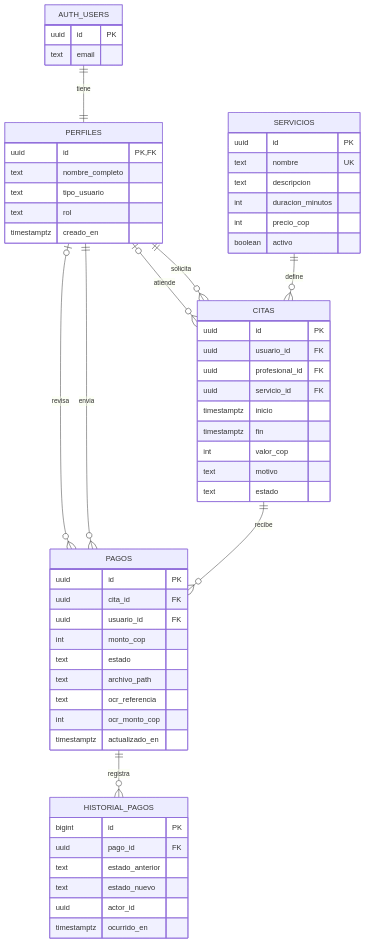
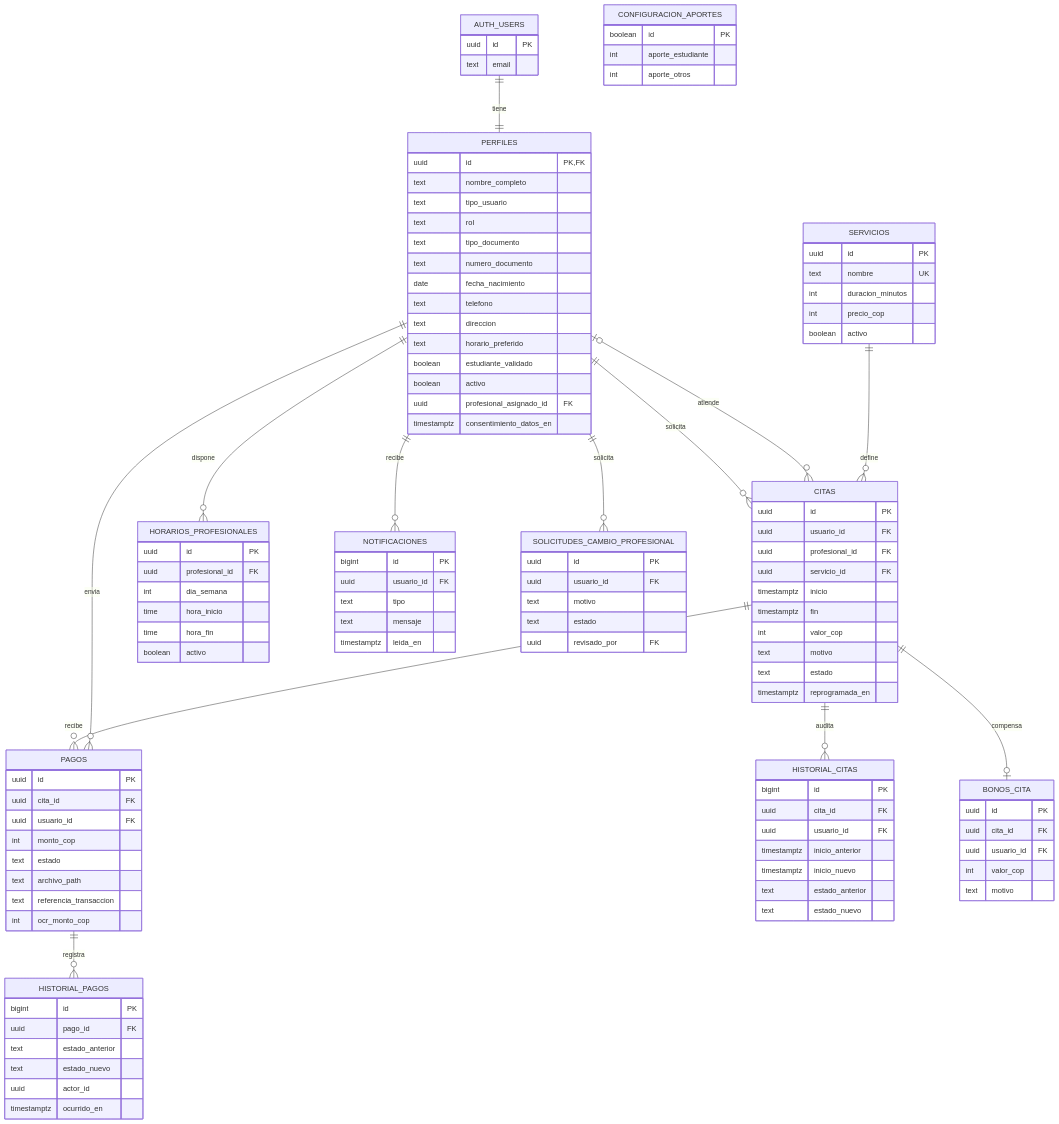
Before and after one commit to Alp-007/RESERVA-DE-CITAS: the diagram in docs/modelo-er-relacional.md, drawn with Mermaid. The commit also changed other lines of this file and 16 other files, not shown here.

````diff
--- a/docs/modelo-er-relacional.md
+++ b/docs/modelo-er-relacional.md
@@ -12,8 +12,12 @@
     SERVICIOS ||--o{ CITAS : define
     CITAS ||--o{ PAGOS : recibe
     PERFILES ||--o{ PAGOS : envia
-    PERFILES o|--o{ PAGOS : revisa
     PAGOS ||--o{ HISTORIAL_PAGOS : registra
+    PERFILES ||--o{ HORARIOS_PROFESIONALES : dispone
+    PERFILES ||--o{ NOTIFICACIONES : recibe
+    PERFILES ||--o{ SOLICITUDES_CAMBIO_PROFESIONAL : solicita
+    CITAS ||--o{ HISTORIAL_CITAS : audita
+    CITAS ||--o| BONOS_CITA : compensa
 
     AUTH_USERS {
         uuid id PK
@@ -24,12 +28,20 @@
         text nombre_completo
         text tipo_usuario
         text rol
-        timestamptz creado_en
+        text tipo_documento
+        text numero_documento
+        date fecha_nacimiento
+        text telefono
+        text direccion
+        text horario_preferido
+        boolean estudiante_validado
+        boolean activo
+        uuid profesional_asignado_id FK
+        timestamptz consentimiento_datos_en
     }
     SERVICIOS {
         uuid id PK
         text nombre UK
-        text descripcion
         int duracion_minutos
         int precio_cop
         boolean activo
@@ -44,6 +56,7 @@
         int valor_cop
         text motivo
         text estado
+        timestamptz reprogramada_en
     }
     PAGOS {
         uuid id PK
@@ -52,9 +65,8 @@
         int monto_cop
         text estado
         text archivo_path
-        text ocr_referencia
+        text referencia_transaccion
         int ocr_monto_cop
-        timestamptz actualizado_en
     }
     HISTORIAL_PAGOS {
         bigint id PK
@@ -64,4 +76,47 @@
         uuid actor_id
         timestamptz ocurrido_en
     }
+    HORARIOS_PROFESIONALES {
+        uuid id PK
+        uuid profesional_id FK
+        int dia_semana
+        time hora_inicio
+        time hora_fin
+        boolean activo
+    }
+    CONFIGURACION_APORTES {
+        boolean id PK
+        int aporte_estudiante
+        int aporte_otros
+    }
+    HISTORIAL_CITAS {
+        bigint id PK
+        uuid cita_id FK
+        uuid usuario_id FK
+        timestamptz inicio_anterior
+        timestamptz inicio_nuevo
+        text estado_anterior
+        text estado_nuevo
+    }
+    SOLICITUDES_CAMBIO_PROFESIONAL {
+        uuid id PK
+        uuid usuario_id FK
+        text motivo
+        text estado
+        uuid revisado_por FK
+    }
+    BONOS_CITA {
+        uuid id PK
+        uuid cita_id FK
+        uuid usuario_id FK
+        int valor_cop
+        text motivo
+    }
+    NOTIFICACIONES {
+        bigint id PK
+        uuid usuario_id FK
+        text tipo
+        text mensaje
+        timestamptz leida_en
+    }
 ```
````
